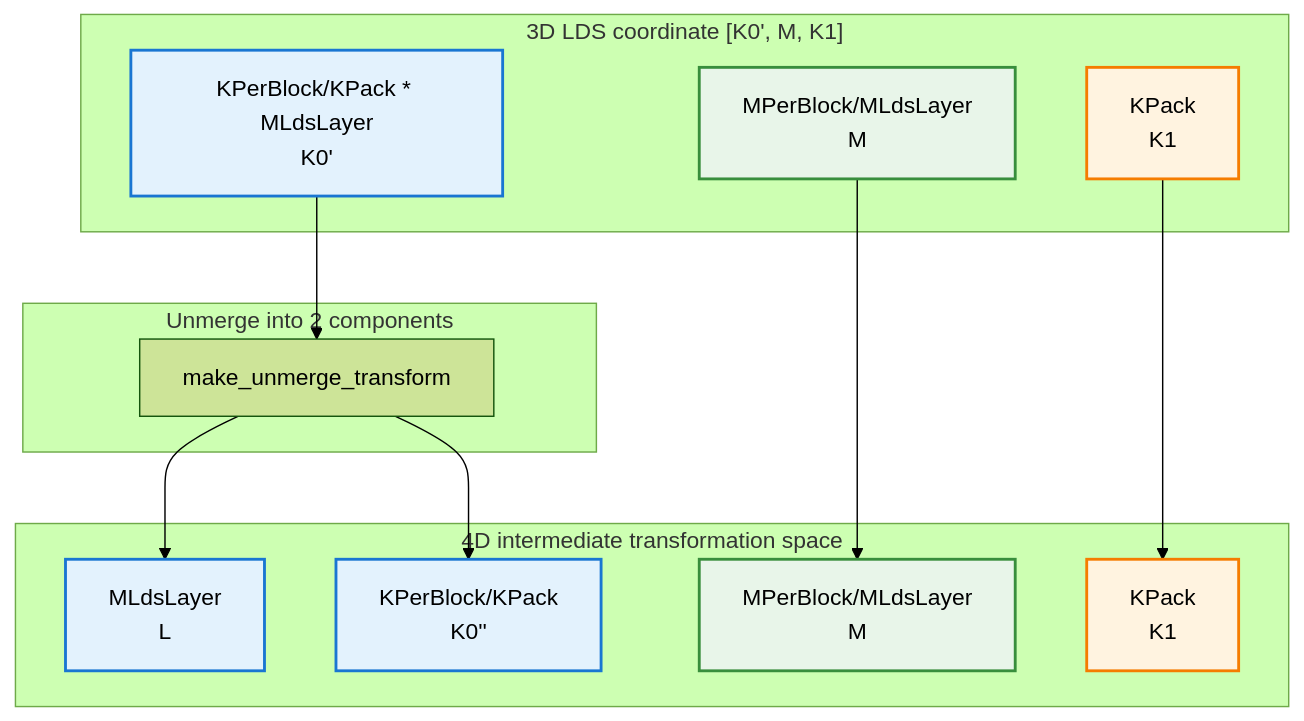
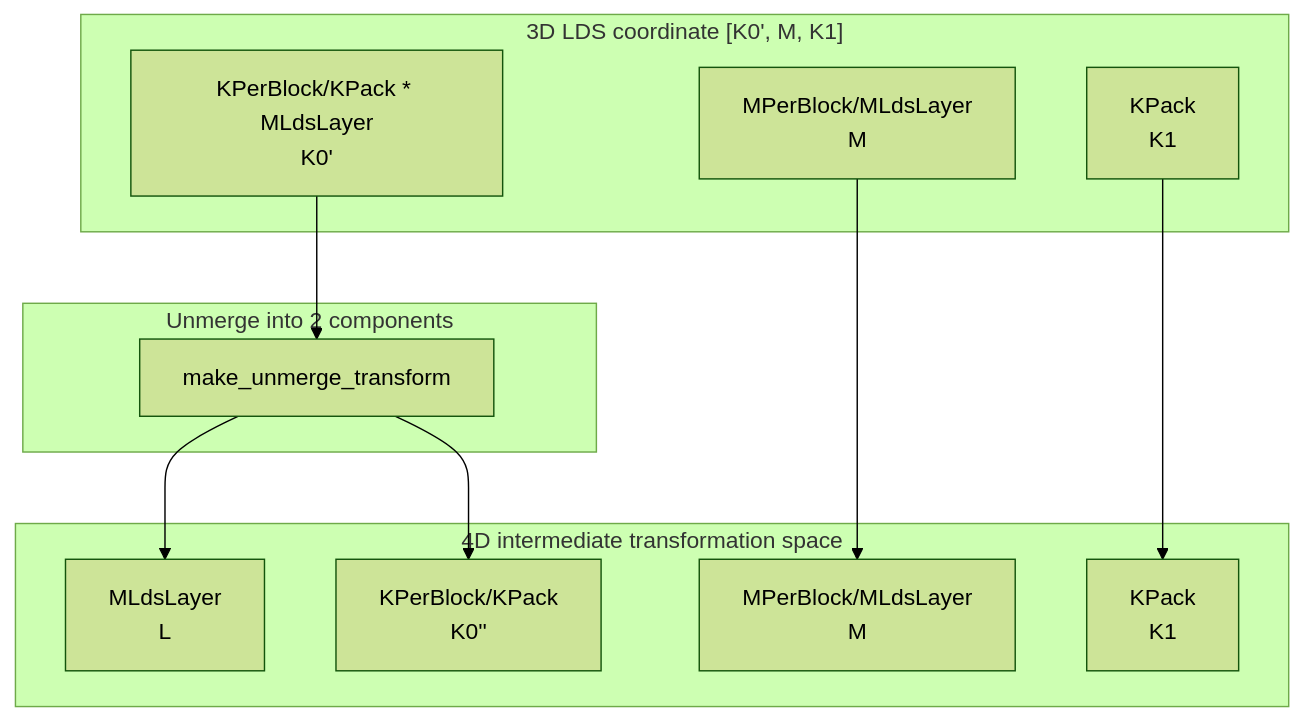
One commit to hdt98/rocm-libraries changed the second of 3 diagrams in projects/composablekernel/docs/conceptual/ck_tile/lds_index_swapping.rst. Above: the diagram before and after it, drawn with Mermaid (forest theme). The commit also changed other lines of this file and 21 other files, not shown here.

First line of the commit message:
[ck] Updated CK Tile documentation to use mermaid diagrams (#7955)

```diff
--- a/projects/composablekernel/docs/conceptual/ck_tile/lds_index_swapping.rst
+++ b/projects/composablekernel/docs/conceptual/ck_tile/lds_index_swapping.rst
@@ -88,36 +68,26 @@
-      .. mermaid::
-      
-         graph TB
-             subgraph "3D LDS coordinate [K0', M, K1]"
-                 K0["KPerBlock/KPack * MLdsLayer<br/>K0'"]
-                 M["MPerBlock/MLdsLayer<br/>M"]
-                 K1["KPack<br/>K1"]
-             end
-         
-             subgraph "Unmerge into 2 components"
-                 UM["make_unmerge_transform"]
-             end
-         
-             subgraph "4D intermediate transformation space"
-                 L["MLdsLayer<br/>L"]
-                 M1["MPerBlock/MLdsLayer<br/>M"]
-                 K01["KPerBlock/KPack<br/>K0''"]
-                 K11["KPack<br/>K1"]
-             end
-         
-             K0 --> UM
-             M --> M1
-             K1 --> K11
-         
-             UM --> L
-             UM --> K01
-             
-             style K0 fill:#e3f2fd,stroke:#1976d2,stroke-width:2px
-             style L fill:#e3f2fd,stroke:#1976d2,stroke-width:2px
-             style K01 fill:#e3f2fd,stroke:#1976d2,stroke-width:2px
-         
-             style M fill:#e8f5e9,stroke:#388e3c,stroke-width:2px
-             style M1 fill:#e8f5e9,stroke:#388e3c,stroke-width:2px
-         
-             style K1 fill:#fff3e0,stroke:#f57c00,stroke-width:2px
-             style K11 fill:#fff3e0,stroke:#f57c00,stroke-width:2px
+.. mermaid::
+
+   graph TB
+       subgraph "3D LDS coordinate [K0', M, K1]"
+           K0["KPerBlock/KPack * MLdsLayer<br/>K0'"]
+           M["MPerBlock/MLdsLayer<br/>M"]
+           K1["KPack<br/>K1"]
+       end
+
+       subgraph "Unmerge into 2 components"
+           UM["make_unmerge_transform"]
+       end
+
+       subgraph "4D intermediate transformation space"
+           L["MLdsLayer<br/>L"]
+           M1["MPerBlock/MLdsLayer<br/>M"]
+           K01["KPerBlock/KPack<br/>K0''"]
+           K11["KPack<br/>K1"]
+       end
+
+       K0 --> UM
+       M --> M1
+       K1 --> K11
+
+       UM --> L
+       UM --> K01
```
